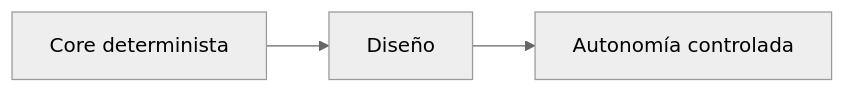
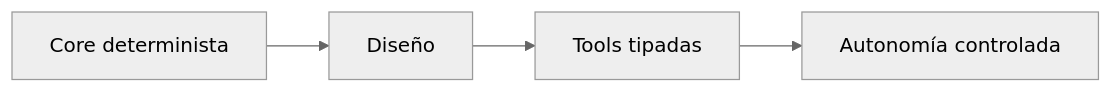
One commit to aldoapicella/utp-schedule-agent-lab changed the diagram in docs/presentation_structure.md. Above: the diagram before and after it, drawn with Mermaid (neutral theme). The commit also changed other lines of this file and 21 other files, not shown here.

````diff
--- a/docs/presentation_structure.md
+++ b/docs/presentation_structure.md
@@ -20,5 +20,6 @@
 ```mermaid
 flowchart LR
   A["Core determinista"] --> B["Diseño"]
-  B --> C["Autonomía controlada"]
+  B --> C["Tools tipadas"]
+  C --> D["Autonomía controlada"]
 ```
````
